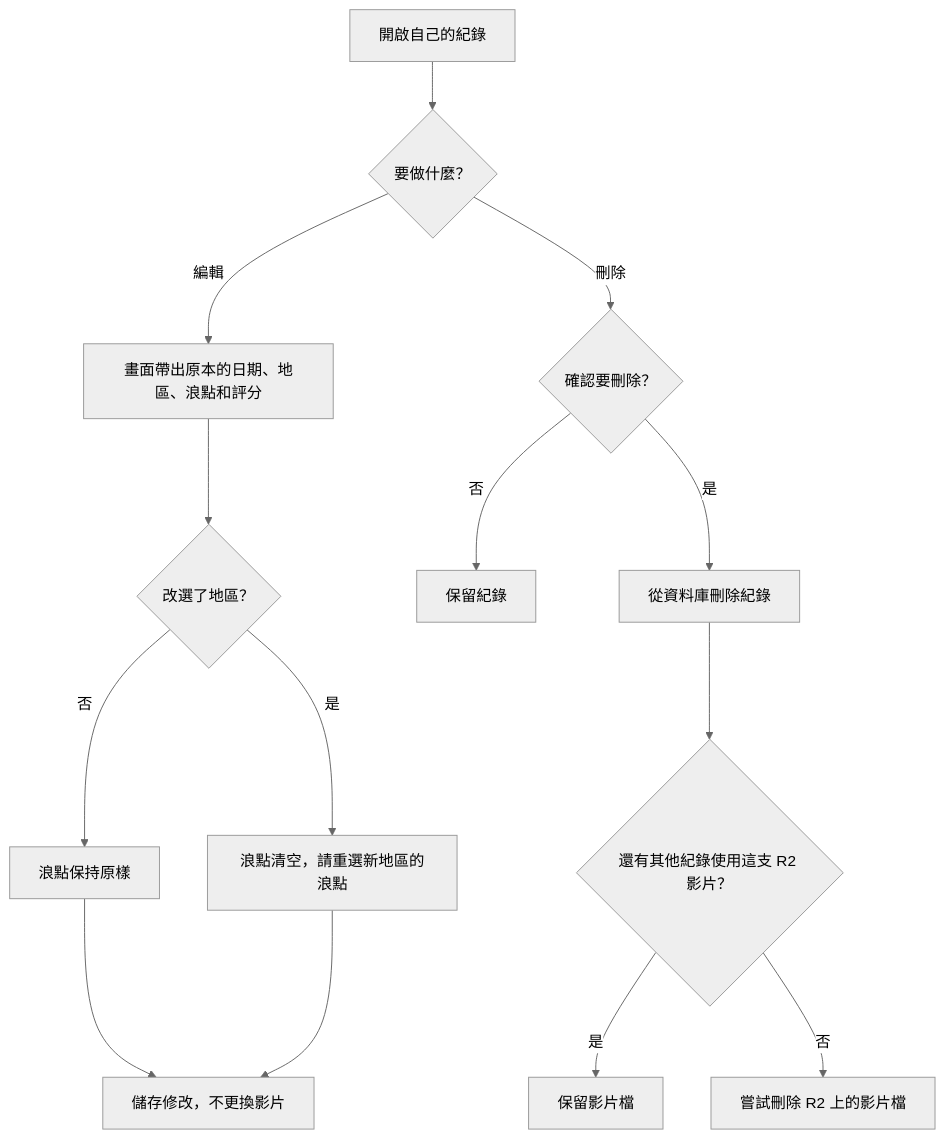
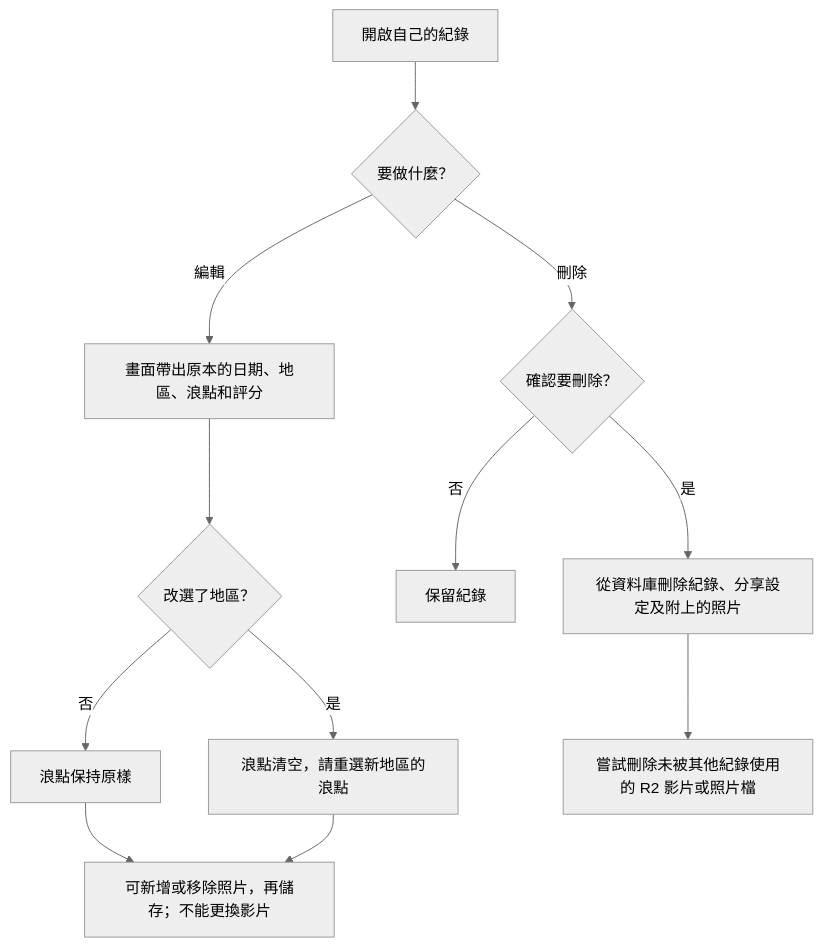
Before and after one commit to ChristingChang/waveshare: the fifth of 6 diagrams in docs/flows.md, drawn with Mermaid (neutral theme). The commit also changed other lines of this file and 6 other files, not shown here.

````diff
--- a/docs/flows.md
+++ b/docs/flows.md
@@ -66,16 +79,14 @@
 ```mermaid
 flowchart TD
     A["開啟自己的紀錄"] --> B{"要做什麼？"}
     B -->|編輯| C["畫面帶出原本的日期、地區、浪點和評分"]
     C --> C2{"改選了地區？"}
     C2 -->|否| C3["浪點保持原樣"]
     C2 -->|是| C4["浪點清空，請重選新地區的浪點"]
-    C3 --> D["儲存修改，不更換影片"]
+    C3 --> D["可新增或移除照片，再儲存；不能更換影片"]
     C4 --> D
     B -->|刪除| E{"確認要刪除？"}
     E -->|否| F["保留紀錄"]
-    E -->|是| G["從資料庫刪除紀錄"]
-    G --> I{"還有其他紀錄使用這支 R2 影片？"}
-    I -->|是| J["保留影片檔"]
-    I -->|否| K["嘗試刪除 R2 上的影片檔"]
+    E -->|是| G["從資料庫刪除紀錄、分享設定及附上的照片"]
+    G --> I["嘗試刪除未被其他紀錄使用的 R2 影片或照片檔"]
 ```
````
